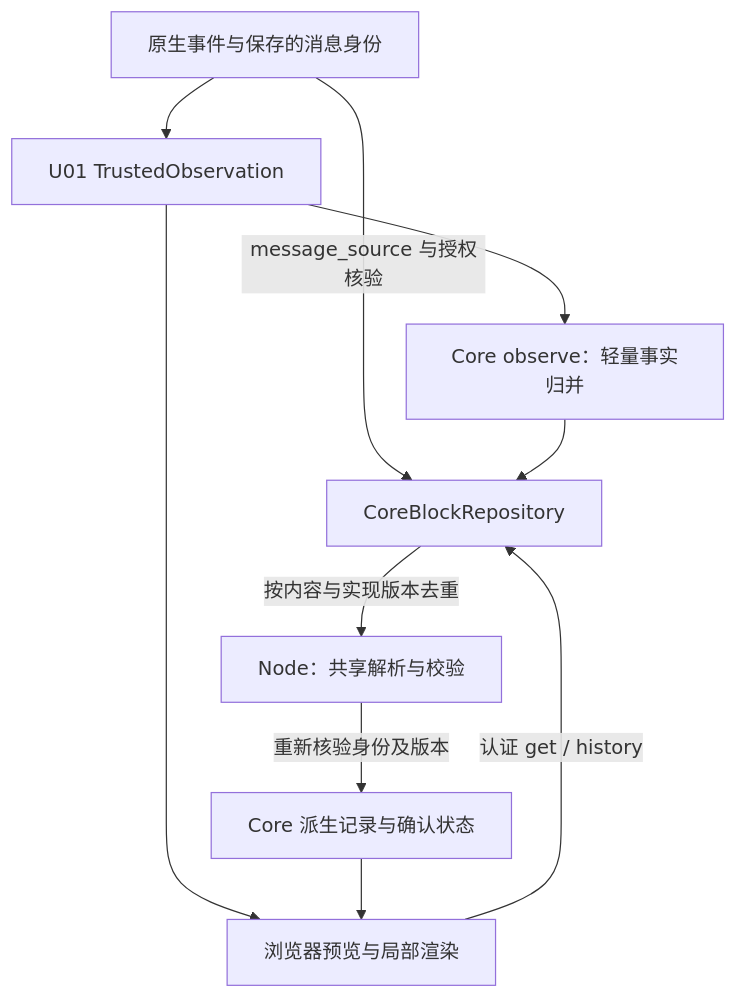
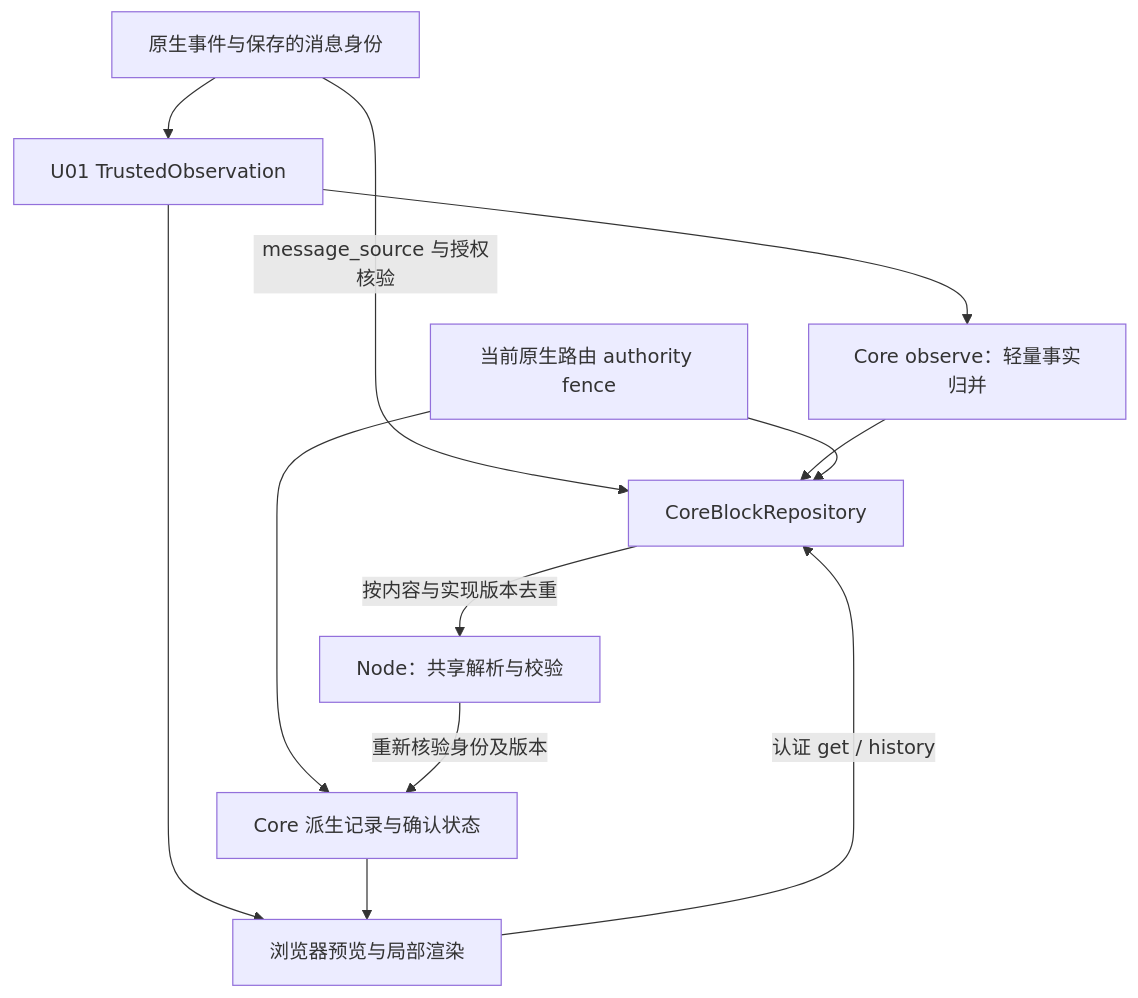
Before and after one commit to mor765504-gif/MGRS: the third of 4 diagrams in docs/002-architecture.md, drawn with Mermaid. The commit also changed other lines of this file and 7 other files, not shown here.

````diff
--- a/docs/002-architecture.md
+++ b/docs/002-architecture.md
@@ -84,12 +86,14 @@
 ```mermaid
 flowchart TD
     Native["原生事件与保存的消息身份"] --> SSE["U01 TrustedObservation"]
     SSE --> Facts["Core observe：轻量事实归并"]
     SSE --> Browser["浏览器预览与局部渲染"]
     Browser -->|认证 get / history| Read["CoreBlockRepository"]
     Native -->|message_source 与授权核验| Read
     Facts --> Read
     Read -->|按内容与实现版本去重| Compile["Node：共享解析与校验"]
+    Authority["当前原生路由 authority fence"] --> Read
+    Authority --> Saved
     Compile -->|重新核验身份及版本| Saved["Core 派生记录与确认状态"]
     Saved --> Browser
 ```
````
